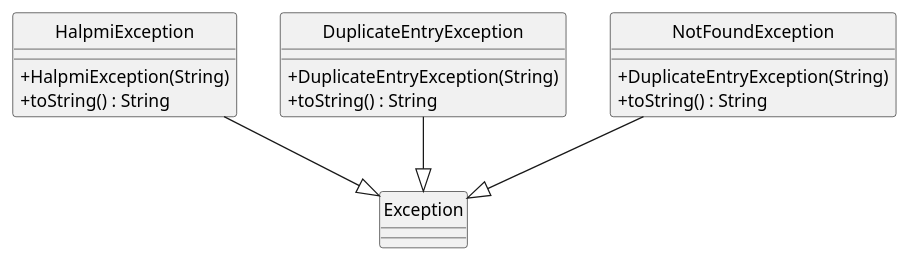
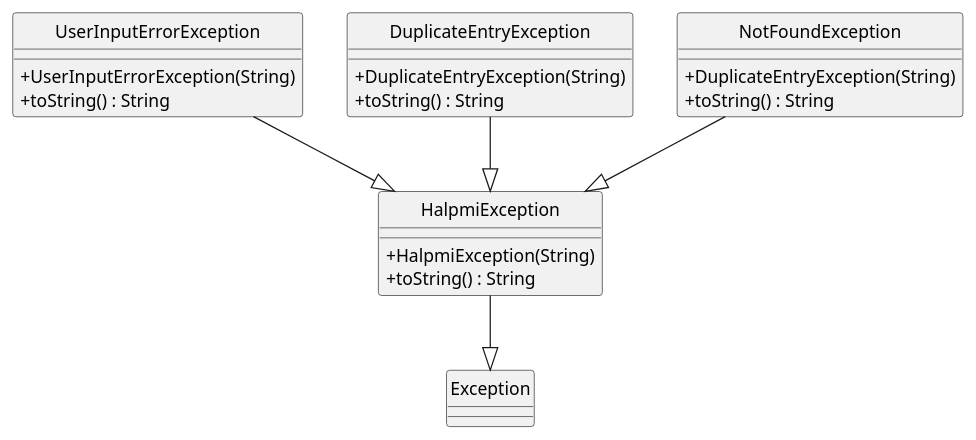
One commit to nus-cs2113-AY2122S2/tp changed the diagram in docs/diagrams/ExceptionClass.puml. Above: the diagram before and after it, drawn with PlantUML. The commit also changed 9 other files, not shown here.

```diff
--- a/docs/diagrams/ExceptionClass.puml
+++ b/docs/diagrams/ExceptionClass.puml
@@ -1,21 +1,29 @@
 @startuml
 'https://plantuml.com/class-diagram
 hide circle
+
 skinparam classAttributeIconSize 0
-class HalpmiException {
-    +HalpmiException(String)
+class UserInputErrorException {
+    +UserInputErrorException(String)
     +toString() : String
 }
 class DuplicateEntryException {
     +DuplicateEntryException(String)
     +toString() : String
  }
 
 class NotFoundException {
     +DuplicateEntryException(String)
     +toString() : String
 }
-DuplicateEntryException --|> Exception
+
+class HalpmiException{
+    +HalpmiException(String)
+    +toString() : String
+}
+DuplicateEntryException --|> HalpmiException
+UserInputErrorException --|> HalpmiException
+NotFoundException --|> HalpmiException
+
 HalpmiException --|> Exception
-NotFoundException --|> Exception
 @enduml
```
